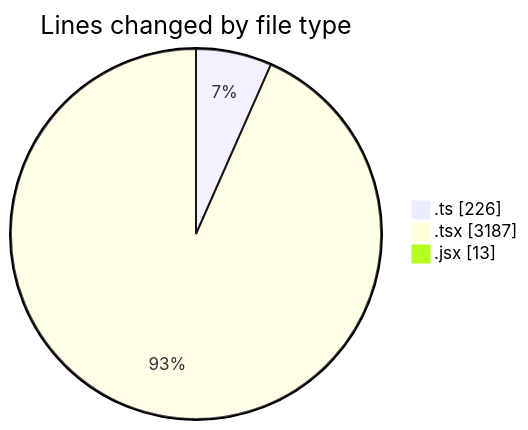
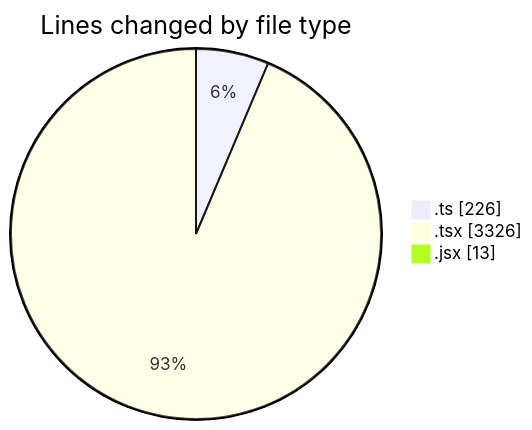
One commit to momahboobian/code-tracking changed the first of 2 diagrams in 2025-12-02/cda/README.md. Above: the diagram before and after it, drawn with Mermaid. The commit also changed other lines of this file and 1 other file, not shown here.

````diff
--- a/2025-12-02/cda/README.md
+++ b/2025-12-02/cda/README.md
@@ -30,7 +30,7 @@
 ```mermaid
 pie showData
 title Lines changed by file type
 ".ts" : 226
-".tsx" : 3187
+".tsx" : 3326
 ".jsx" : 13
 ```
````
